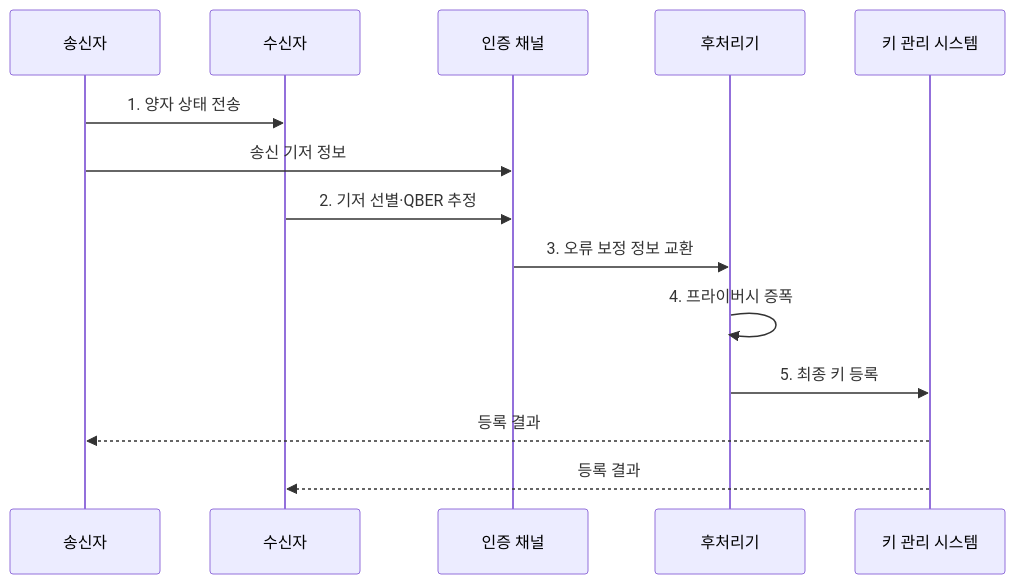
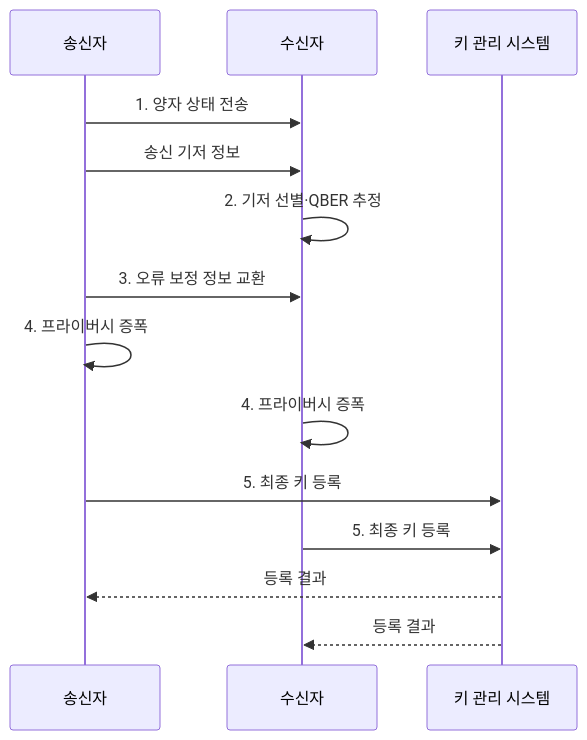
Before and after one commit to agnusdei1207/knowledge-base: the second of 2 diagrams in src/content/docs/notes/05-security/014_quantum_key_distribution.md, drawn with Mermaid. The commit also changed 9 other files, not shown here.

Commit message:
Focus cryptography sequence actors

````diff
--- a/src/content/docs/notes/05-security/014_quantum_key_distribution.md
+++ b/src/content/docs/notes/05-security/014_quantum_key_distribution.md
@@ -106,16 +106,16 @@
 ```mermaid
 sequenceDiagram
     participant A as 송신자
     participant B as 수신자
-    participant C as 인증 채널
-    participant P as 후처리기
     participant K as 키 관리 시스템
     A->>B: 1. 양자 상태 전송
-    A->>C: 송신 기저 정보
-    B->>C: 2. 기저 선별·QBER 추정
-    C->>P: 3. 오류 보정 정보 교환
-    P->>P: 4. 프라이버시 증폭
-    P->>K: 5. 최종 키 등록
+    A->>B: 송신 기저 정보
+    B->>B: 2. 기저 선별·QBER 추정
+    A->>B: 3. 오류 보정 정보 교환
+    A->>A: 4. 프라이버시 증폭
+    B->>B: 4. 프라이버시 증폭
+    A->>K: 5. 최종 키 등록
+    B->>K: 5. 최종 키 등록
     K-->>A: 등록 결과
     K-->>B: 등록 결과
 ```
````
